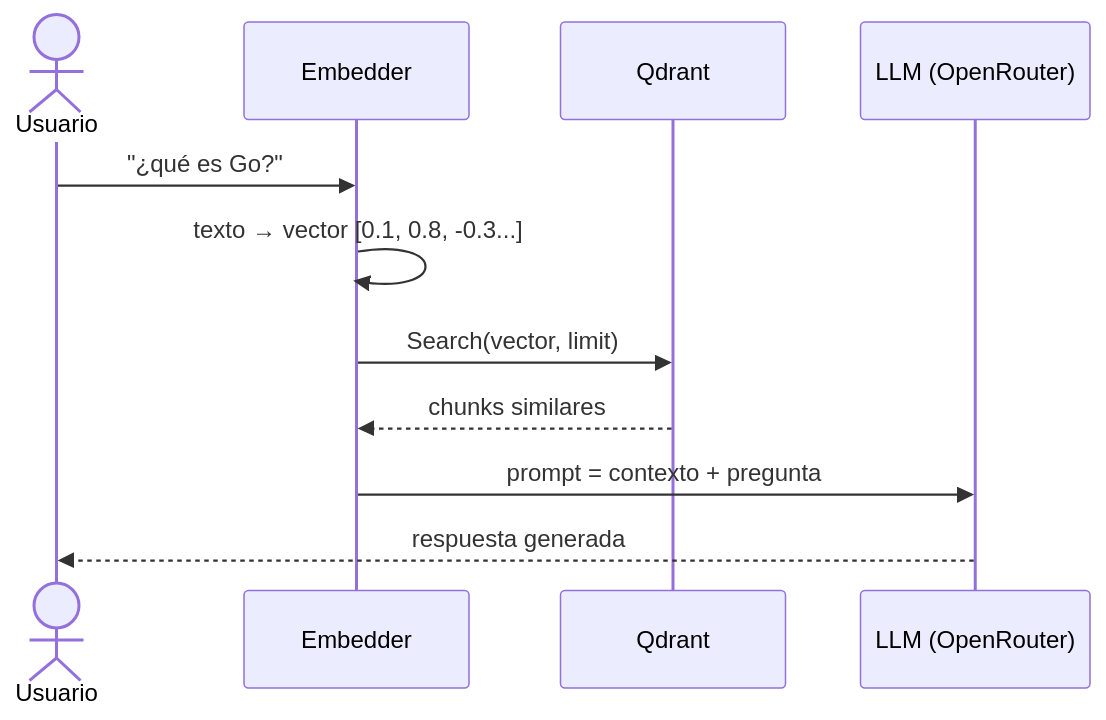
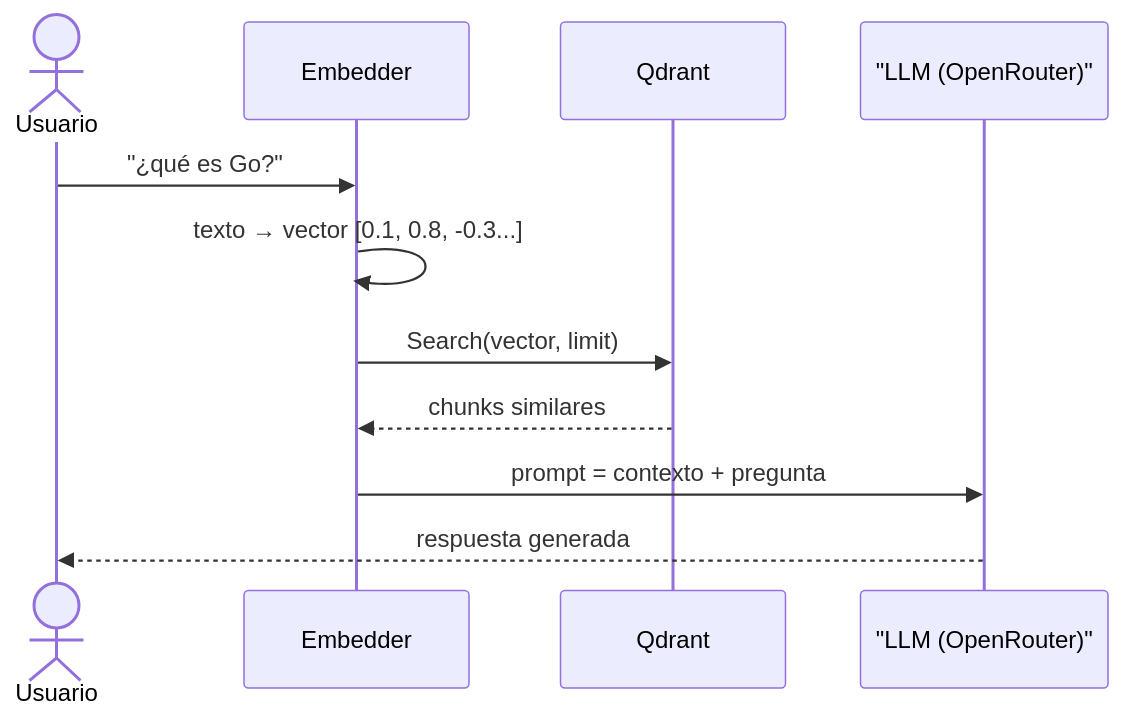
One commit to whoAngeel/rago changed the first of 6 diagrams in README.md. Above: the diagram before and after it, drawn with Mermaid. The commit also changed other lines of this file and 8 other files, not shown here.

````diff
--- a/README.md
+++ b/README.md
@@ -30,14 +30,14 @@
 ```mermaid
 sequenceDiagram
     actor U as Usuario
     participant E as Embedder
     participant Q as Qdrant
-    participant L as LLM (OpenRouter)
+    participant L as "LLM (OpenRouter)"
 
     U->>E: "¿qué es Go?"
     E->>E: texto → vector [0.1, 0.8, -0.3...]
     E->>Q: Search(vector, limit)
     Q-->>E: chunks similares
     E->>L: prompt = contexto + pregunta
     L-->>U: respuesta generada
 ```
````
